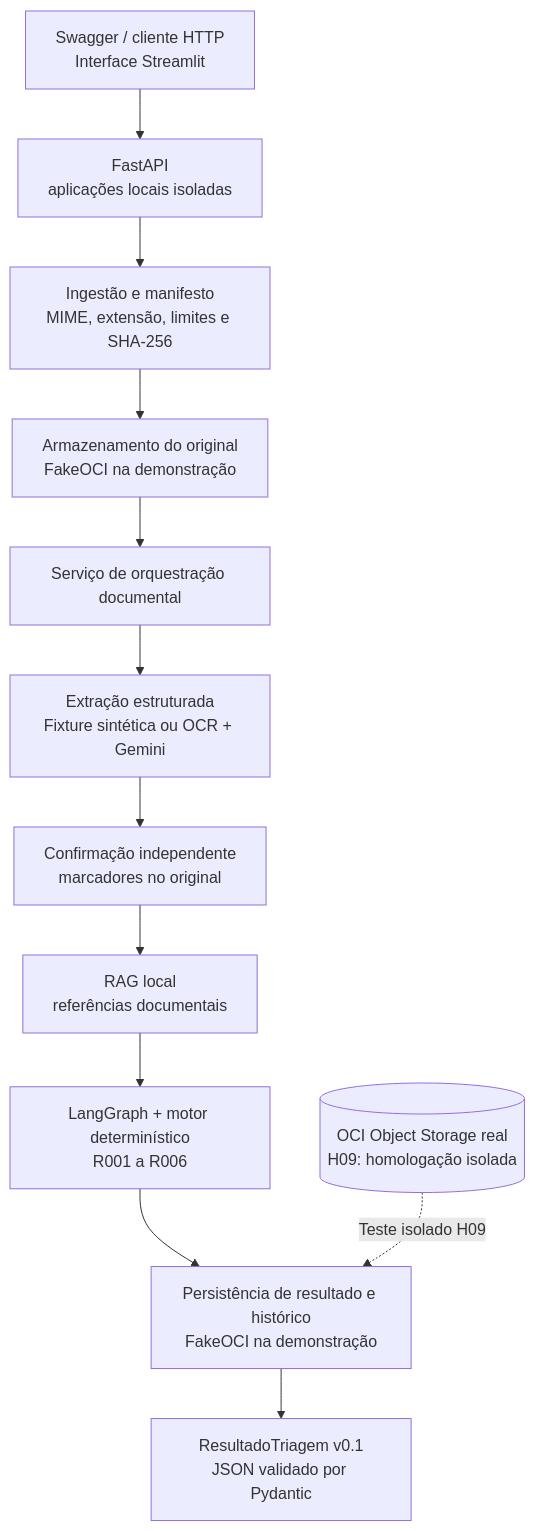
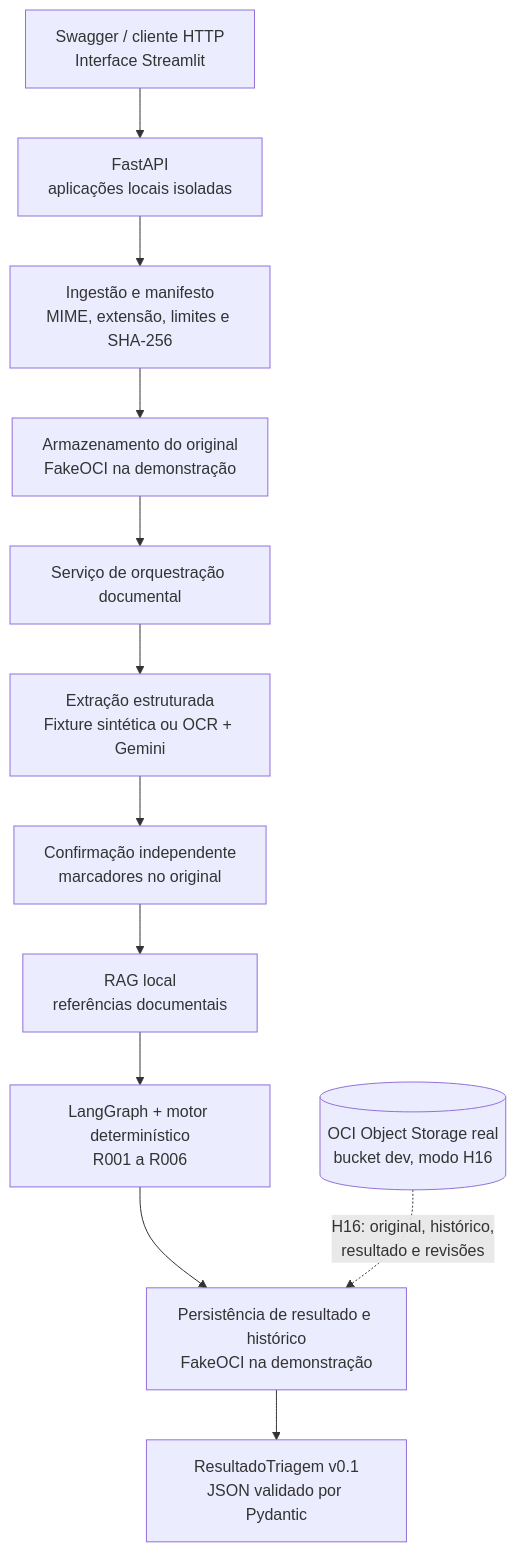
Before and after one commit to No-Country-simulation/G10-BRASIL-EQUIPO17: the first of 2 diagrams in README.md, drawn with Mermaid. The commit also changed other lines of this file and 2 other files, not shown here.

````diff
--- a/README.md
+++ b/README.md
@@ -54,14 +54,14 @@
 ```mermaid
 flowchart TB
     CLI["Swagger / cliente HTTP<br/>Interface Streamlit"] --> API["FastAPI<br/>aplicações locais isoladas"]
     API --> ING["Ingestão e manifesto<br/>MIME, extensão, limites e SHA-256"]
     ING --> STORAGE["Armazenamento do original<br/>FakeOCI na demonstração"]
     STORAGE --> ORCH["Serviço de orquestração documental"]
     ORCH --> EXTR["Extração estruturada<br/>Fixture sintética ou OCR + Gemini"]
     EXTR --> CONF["Confirmação independente<br/>marcadores no original"]
     CONF --> RAG["RAG local<br/>referências documentais"]
     RAG --> GRAPH["LangGraph + motor determinístico<br/>R001 a R006"]
     GRAPH --> PERSIST["Persistência de resultado e histórico<br/>FakeOCI na demonstração"]
     PERSIST --> JSON["ResultadoTriagem v0.1<br/>JSON validado por Pydantic"]
-    OCI[("OCI Object Storage real<br/>H09: homologação isolada")] -.->|Teste isolado H09| PERSIST
+    OCI[("OCI Object Storage real<br/>bucket dev, modo H16")] -.->|H16: original, histórico,<br/>resultado e revisões| PERSIST
 ```
````
